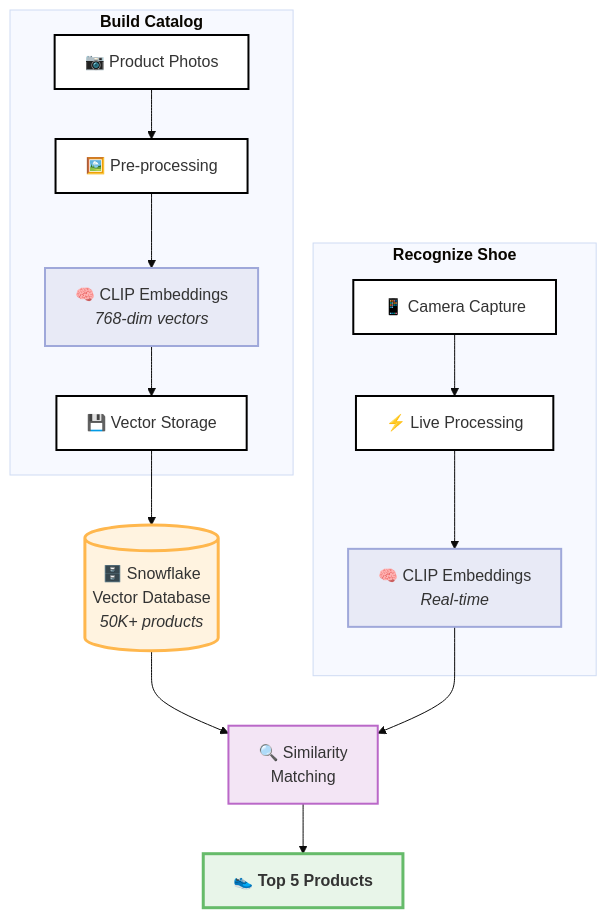
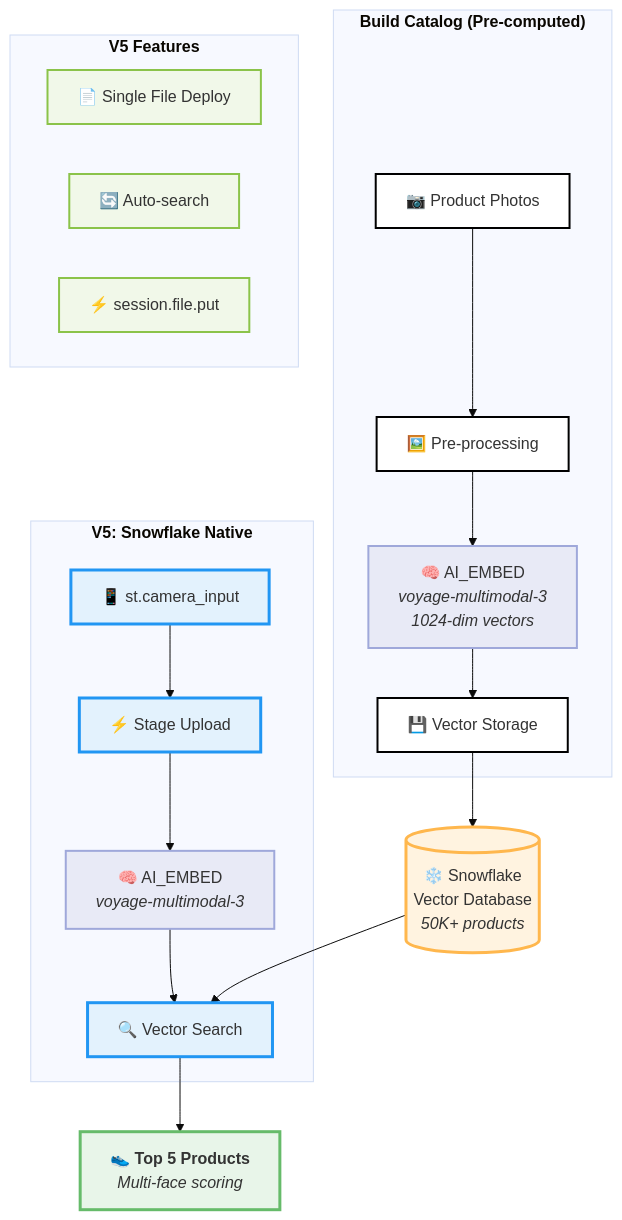
The diagram in docs/browns-lens/index.md (AlassaneDialDiop/browns_data_science), drawn with Mermaid (base theme) before and after one commit. The commit also changed other lines of this file and 1 other file, not shown here.

````diff
--- a/docs/browns-lens/index.md
+++ b/docs/browns-lens/index.md
@@ -38,36 +38,43 @@
 ```mermaid
 graph TB
     %% Title styling
-    subgraph Build["<b>Build Catalog</b>"]
+    subgraph Build["<b>Build Catalog (Pre-computed)</b>"]
         A[📷 Product Photos] --> B[🖼️ Pre-processing]
-        B --> C["🧠 CLIP Embeddings<br/><i>768-dim vectors</i>"]
+        B --> C["🧠 AI_EMBED<br/><i>voyage-multimodal-3<br/>1024-dim vectors</i>"]
         C --> D[💾 Vector Storage]
     end
     
-    subgraph Recognize["<b>Recognize Shoe</b>"]
-        E[📱 Camera Capture] --> F[⚡ Live Processing]
-        F --> G["🧠 CLIP Embeddings<br/><i>Real-time</i>"]
+    subgraph V5["<b>V5: Snowflake Native</b>"]
+        E[📱 st.camera_input] --> F[⚡ Stage Upload]
+        F --> G["🧠 AI_EMBED<br/><i>voyage-multimodal-3</i>"]
+        G --> H[🔍 Vector Search]
     end
     
-    D --> DB[("🗄️ Snowflake<br/>Vector Database<br/><i>50K+ products</i>")]
+    D --> DB[("❄️ Snowflake<br/>Vector Database<br/><i>50K+ products</i>")]
     
-    DB --> M["🔍 Similarity<br/>Matching"]
-    G --> M
+    DB --> H
+    H --> R["👟 <b>Top 5 Products</b><br/><i>Multi-face scoring</i>"]
     
-    M --> R["👟 <b>Top 5 Products</b>"]
+    %% V5 Features
+    subgraph Features["<b>V5 Features</b>"]
+        I[📄 Single File Deploy]
+        J[🔄 Auto-search]
+        K[⚡ session.file.put]
+    end
     
     %% Styling
     classDef buildStyle fill:#fff,stroke:#000,stroke-width:2px
-    classDef recognizeStyle fill:#fff,stroke:#000,stroke-width:2px
+    classDef v5Style fill:#e3f2fd,stroke:#2196f3,stroke-width:3px
     classDef embedStyle fill:#e8eaf6,stroke:#9fa8da,stroke-width:2px
     classDef dbStyle fill:#fff3e0,stroke:#ffb74d,stroke-width:3px
     classDef matchStyle fill:#f3e5f5,stroke:#ba68c8,stroke-width:2px
     classDef resultStyle fill:#e8f5e9,stroke:#66bb6a,stroke-width:3px
+    classDef featureStyle fill:#f1f8e9,stroke:#8bc34a,stroke-width:2px
     
     class A,B,D buildStyle
-    class E,F recognizeStyle
+    class E,F,G,H v5Style
     class C,G embedStyle
     class DB dbStyle
-    class M matchStyle
     class R resultStyle
+    class I,J,K featureStyle
 ```
````
